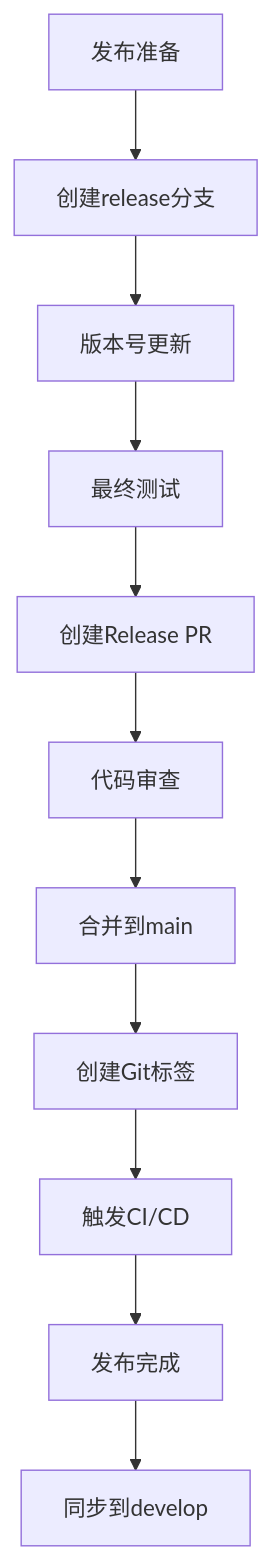
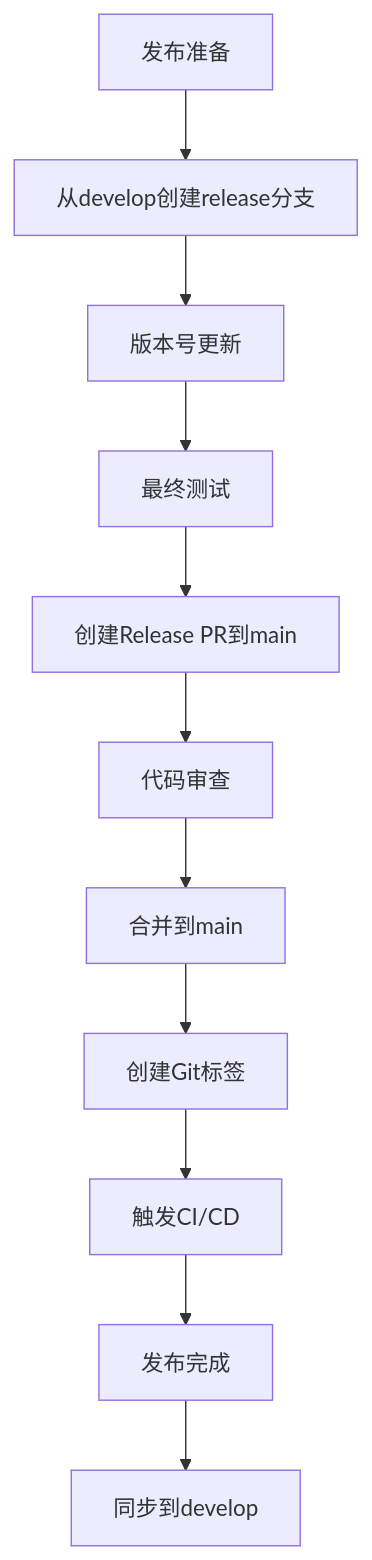
The third of 4 diagrams in docs/devops/分支管理与发布流程规范.md (yecllsl/nanobot-runner), drawn with Mermaid before and after one commit. The commit also changed other lines of this file and 1 other file, not shown here.

````diff
--- a/docs/devops/分支管理与发布流程规范.md
+++ b/docs/devops/分支管理与发布流程规范.md
@@ -101,13 +101,13 @@
 ```mermaid
 graph TD
-    A[发布准备] --> B[创建release分支]
+    A[发布准备] --> B[从develop创建release分支]
     B --> C[版本号更新]
     C --> D[最终测试]
-    D --> E[创建Release PR]
+    D --> E[创建Release PR到main]
     E --> F[代码审查]
     F --> G[合并到main]
     G --> H[创建Git标签]
     H --> I[触发CI/CD]
     I --> J[发布完成]
     J --> K[同步到develop]
 ```
````
